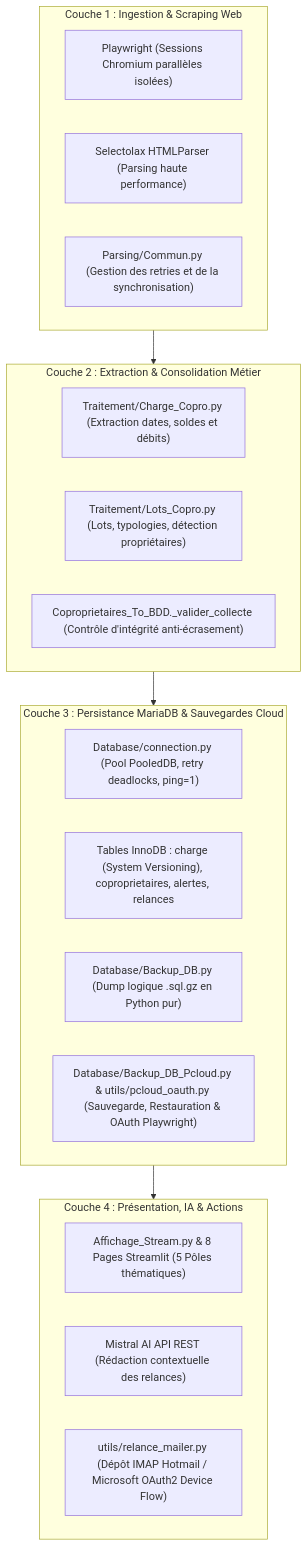
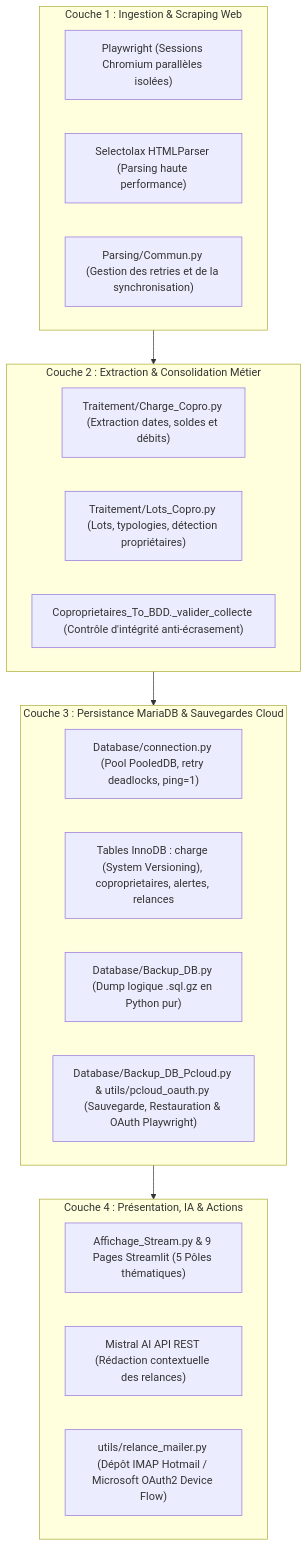
Before and after one commit to therealcorwin/CPTCOPRO: the first of 9 diagrams in reports/call_graph.md, drawn with Mermaid. The commit also changed other lines of this file and 2 other files, not shown here.

Commit message:
fix: Update documentation and tests for Streamlit pages count; adjust logic for relance configuration

````diff
--- a/reports/call_graph.md
+++ b/reports/call_graph.md
@@ -26,31 +26,31 @@
 ```mermaid
 flowchart TB
     subgraph LAYER1["Couche 1 : Ingestion & Scraping Web"]
         L1_playwright["Playwright (Sessions Chromium parallèles isolées)"]
         L1_selectolax["Selectolax HTMLParser (Parsing haute performance)"]
         L1_commun["Parsing/Commun.py (Gestion des retries et de la synchronisation)"]
     end
 
     subgraph LAYER2["Couche 2 : Extraction & Consolidation Métier"]
         L2_charge["Traitement/Charge_Copro.py (Extraction dates, soldes et débits)"]
         L2_lots["Traitement/Lots_Copro.py (Lots, typologies, détection propriétaires)"]
         L2_val["Coproprietaires_To_BDD._valider_collecte (Contrôle d'intégrité anti-écrasement)"]
     end
 
     subgraph LAYER3["Couche 3 : Persistance MariaDB & Sauvegardes Cloud"]
         L3_conn["Database/connection.py (Pool PooledDB, retry deadlocks, ping=1)"]
         L3_tables["Tables InnoDB : charge (System Versioning), coproprietaires, alertes, relances"]
         L3_backup["Database/Backup_DB.py (Dump logique .sql.gz en Python pur)"]
         L3_pcloud["Database/Backup_DB_Pcloud.py & utils/pcloud_oauth.py (Sauvegarde, Restauration & OAuth Playwright)"]
     end
 
     subgraph LAYER4["Couche 4 : Présentation, IA & Actions"]
-        L4_st["Affichage_Stream.py & 8 Pages Streamlit (5 Pôles thématiques)"]
+        L4_st["Affichage_Stream.py & 9 Pages Streamlit (5 Pôles thématiques)"]
         L4_ai["Mistral AI API REST (Rédaction contextuelle des relances)"]
         L4_imap["utils/relance_mailer.py (Dépôt IMAP Hotmail / Microsoft OAuth2 Device Flow)"]
     end
 
     LAYER1 --> LAYER2
     LAYER2 --> LAYER3
     LAYER3 --> LAYER4
 ```
````
